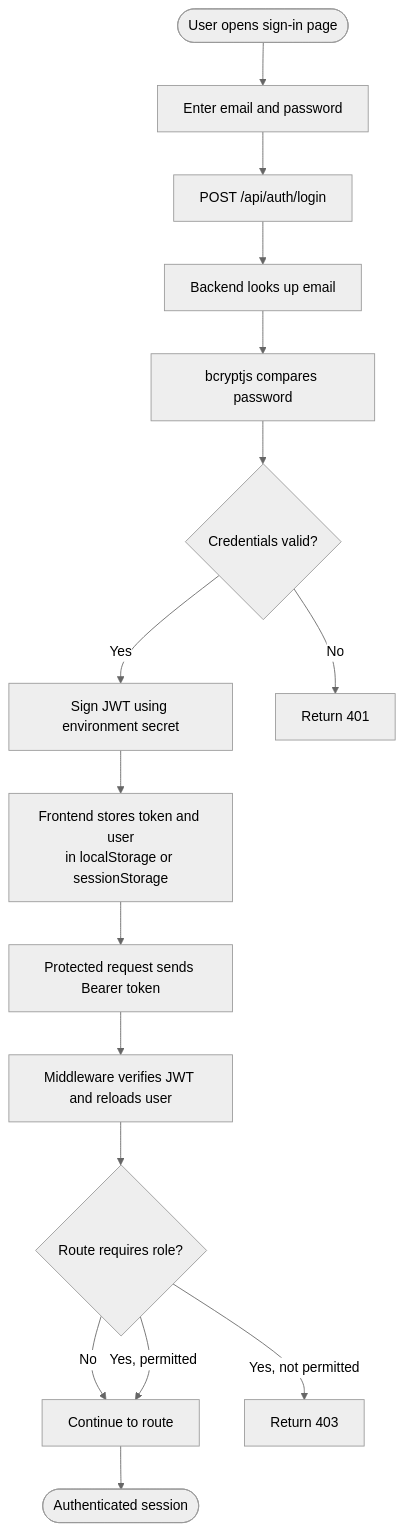
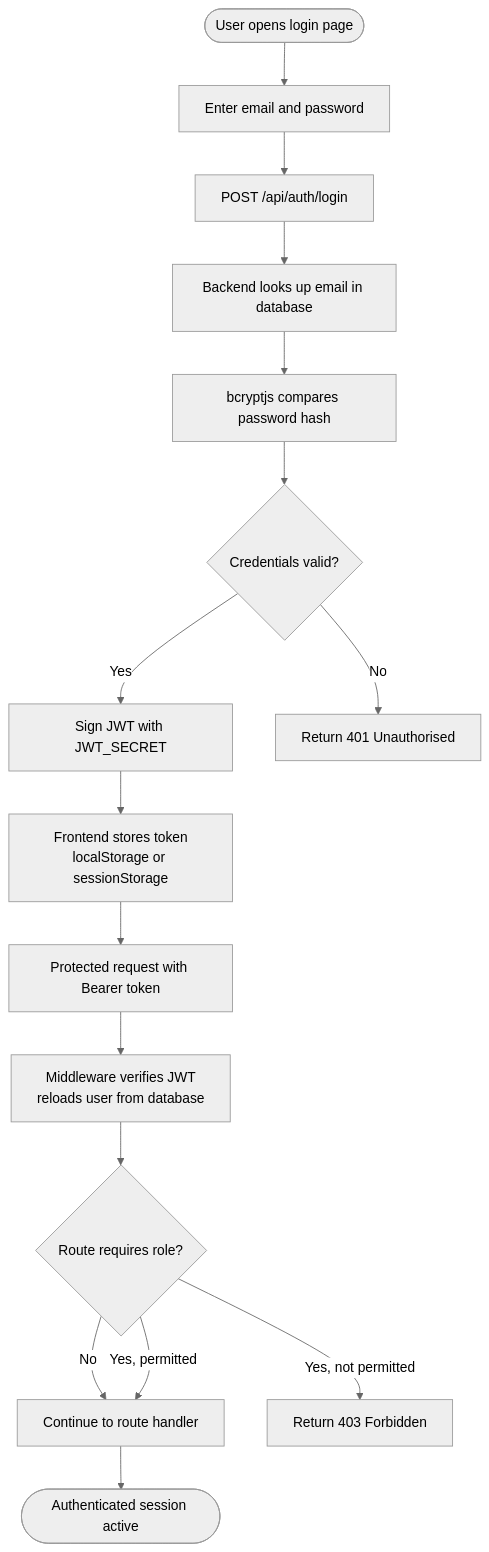
One commit to allandabalidabz-arch/Youth-skills-platform changed the fifth of 8 diagrams in docs/YouthSkills-Program-Diagrams.md. Above: the diagram before and after it, drawn with Mermaid (neutral theme). The commit also changed other lines of this file and 3 other files, not shown here.

````diff
--- a/docs/YouthSkills-Program-Diagrams.md
+++ b/docs/YouthSkills-Program-Diagrams.md
@@ -204,25 +239,25 @@
 ```mermaid
 flowchart TD
-    Start([User opens sign-in page])
-    Credentials["Enter email and password"]
+    Start([User opens login page])
+    Enter["Enter email and password"]
     Submit["POST /api/auth/login"]
-    Lookup["Backend looks up email"]
-    Compare["bcryptjs compares password"]
+    Lookup["Backend looks up email in database"]
+    Compare["bcryptjs compares password hash"]
     Valid{"Credentials valid?"}
-    Sign["Sign JWT using environment secret"]
-    Store["Frontend stores token and user<br/>in localStorage or sessionStorage"]
-    Request["Protected request sends Bearer token"]
-    Verify["Middleware verifies JWT and reloads user"]
+    Sign["Sign JWT with JWT_SECRET"]
+    Store["Frontend stores token\nlocalStorage or sessionStorage"]
+    Request["Protected request with Bearer token"]
+    Verify["Middleware verifies JWT\nreloads user from database"]
     Role{"Route requires role?"}
-    Allow["Continue to route"]
-    Deny["Return 403"]
-    Fail["Return 401"]
-    End([Authenticated session])
+    Allow["Continue to route handler"]
+    Deny403["Return 403 Forbidden"]
+    Fail401["Return 401 Unauthorised"]
+    End([Authenticated session active])
 
-    Start --> Credentials --> Submit --> Lookup --> Compare --> Valid
-    Valid -- No --> Fail
+    Start --> Enter --> Submit --> Lookup --> Compare --> Valid
+    Valid -- No --> Fail401
     Valid -- Yes --> Sign --> Store --> Request --> Verify --> Role
     Role -- No --> Allow --> End
     Role -- Yes, permitted --> Allow
-    Role -- Yes, not permitted --> Deny
+    Role -- Yes, not permitted --> Deny403
 ```
````
